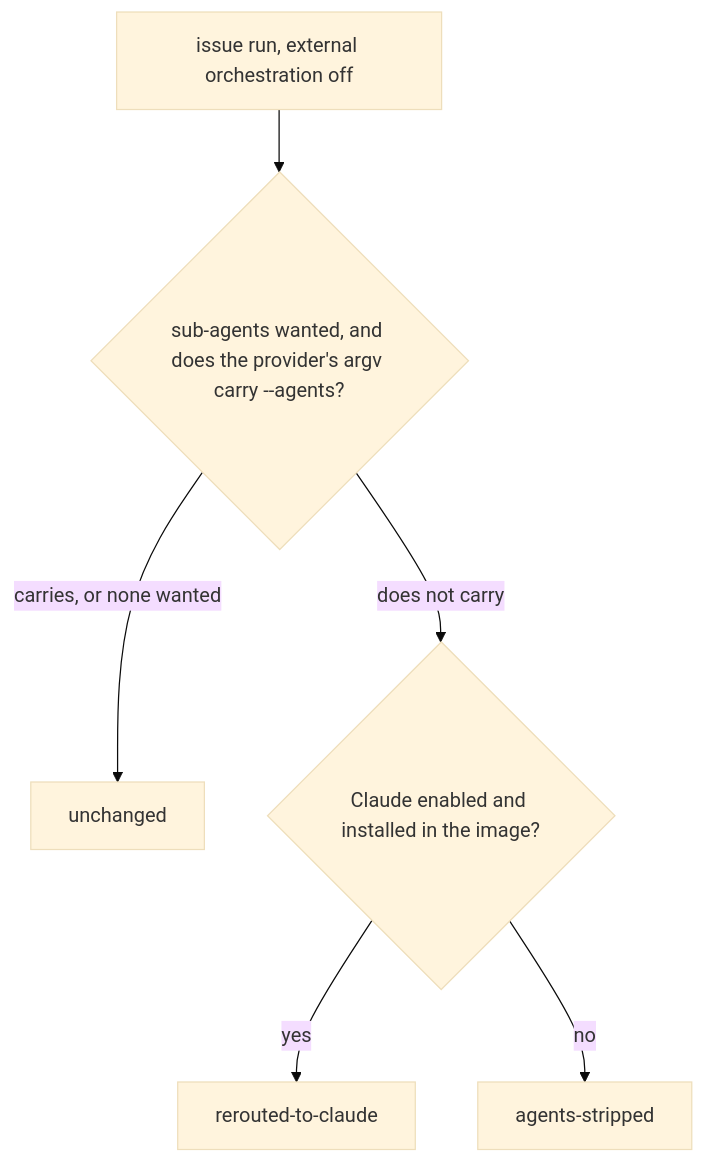
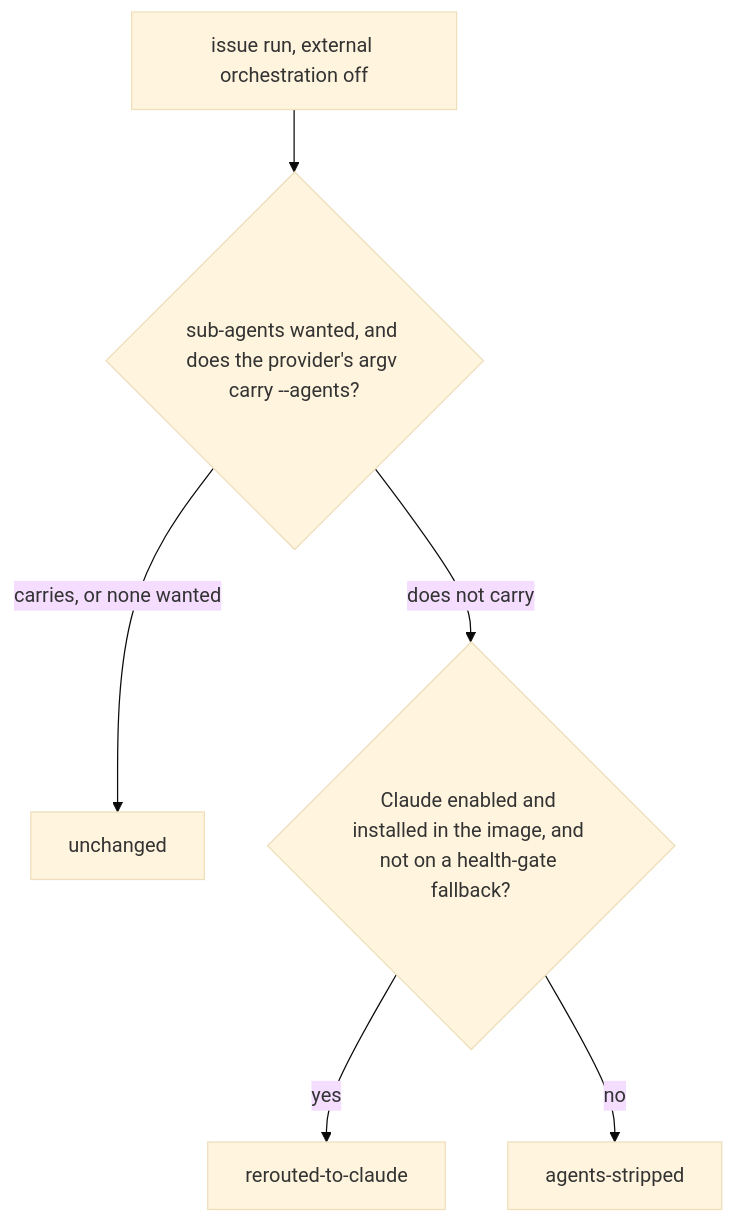
The diagram in docs/archive/pr-summaries/pr-summary-4109.md (stSoftwareAU/VibeCoder), drawn with Mermaid (base theme) before and after one commit. The commit also changed other lines of this file and 4 other files, not shown here.

First line of the commit message:
Fix drift in PR #4345: health-gate fallback docs, line ranges, test counts, operand test

````diff
--- a/docs/archive/pr-summaries/pr-summary-4109.md
+++ b/docs/archive/pr-summaries/pr-summary-4109.md
@@ -131,8 +131,8 @@
 ```mermaid
 flowchart TD
     A["issue run, external orchestration off"] --> B{"sub-agents wanted, and does the provider's argv carry --agents?"}
     B -- "carries, or none wanted" --> U["unchanged"]
-    B -- "does not carry" --> C{"Claude enabled and installed in the image?"}
+    B -- "does not carry" --> C{"Claude enabled and installed in the image, and not on a health-gate fallback?"}
     C -- yes --> R["rerouted-to-claude"]
     C -- no --> S["agents-stripped"]
 ```
````
